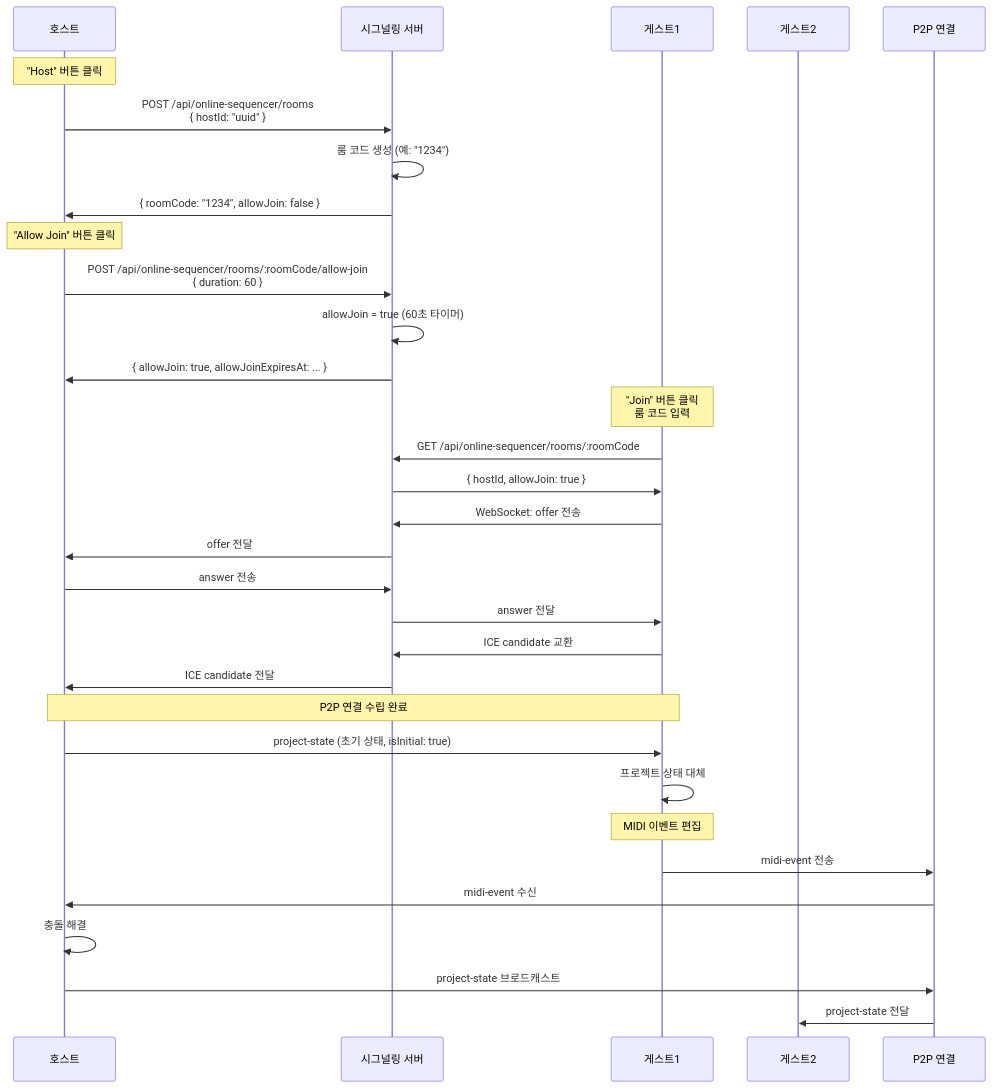
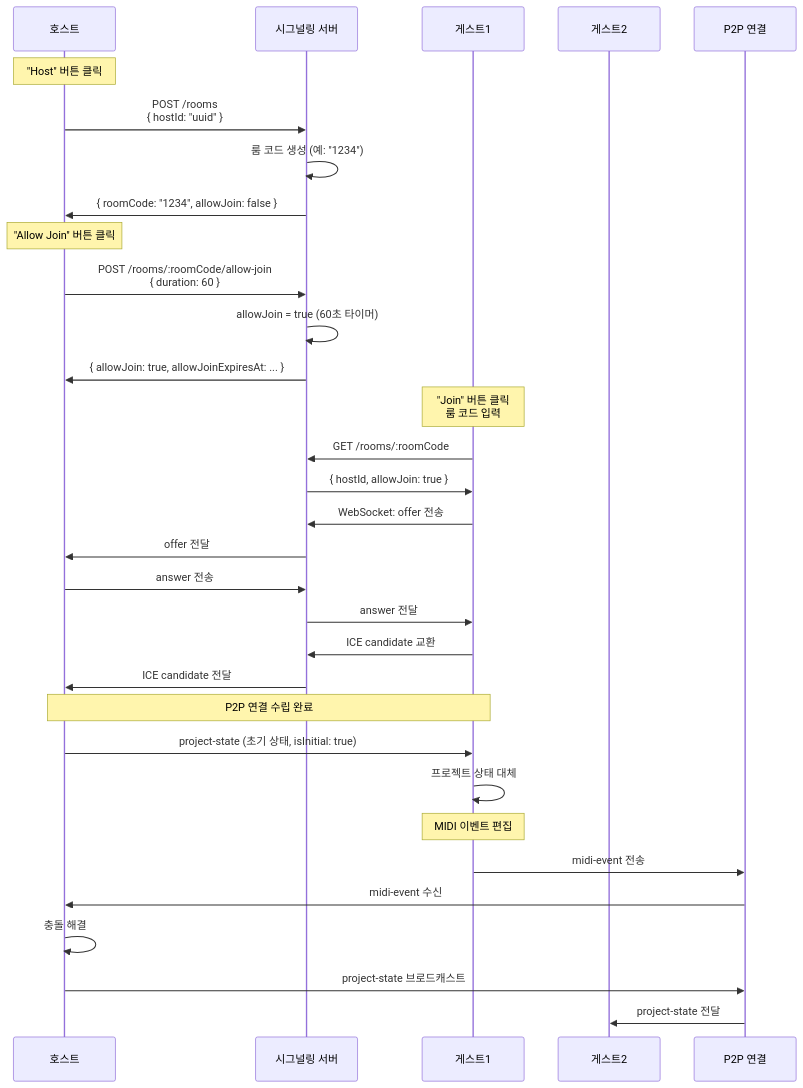
Before and after one commit to JaceDashS/online-sequencer: the diagram in docs/specs/collaboration-specification/server-api.ko.md, drawn with Mermaid. The commit also changed other lines of this file and 16 other files, not shown here.

````diff
--- a/docs/specs/collaboration-specification/server-api.ko.md
+++ b/docs/specs/collaboration-specification/server-api.ko.md
@@ -249,40 +251,40 @@
 ```mermaid
 sequenceDiagram
     participant Host as 호스트
     participant Server as 시그널링 서버
     participant Guest1 as 게스트1
     participant Guest2 as 게스트2
     participant P2P as P2P 연결
 
     Note over Host: "Host" 버튼 클릭
-    Host->>Server: POST /api/online-sequencer/rooms<br/>{ hostId: "uuid" }
+    Host->>Server: POST /rooms<br/>{ hostId: "uuid" }
     Server->>Server: 룸 코드 생성 (예: "1234")
     Server->>Host: { roomCode: "1234", allowJoin: false }
     
     Note over Host: "Allow Join" 버튼 클릭
-    Host->>Server: POST /api/online-sequencer/rooms/:roomCode/allow-join<br/>{ duration: 60 }
+    Host->>Server: POST /rooms/:roomCode/allow-join<br/>{ duration: 60 }
     Server->>Server: allowJoin = true (60초 타이머)
     Server->>Host: { allowJoin: true, allowJoinExpiresAt: ... }
     
     Note over Guest1: "Join" 버튼 클릭<br/>룸 코드 입력
-    Guest1->>Server: GET /api/online-sequencer/rooms/:roomCode
+    Guest1->>Server: GET /rooms/:roomCode
     Server->>Guest1: { hostId, allowJoin: true }
     
     Guest1->>Server: WebSocket: offer 전송
     Server->>Host: offer 전달
     Host->>Server: answer 전송
     Server->>Guest1: answer 전달
     Guest1->>Server: ICE candidate 교환
     Server->>Host: ICE candidate 전달
     
     Note over Guest1,Host: P2P 연결 수립 완료
     Host->>Guest1: project-state (초기 상태, isInitial: true)
     Guest1->>Guest1: 프로젝트 상태 대체
     
     Note over Guest1: MIDI 이벤트 편집
     Guest1->>P2P: midi-event 전송
     P2P->>Host: midi-event 수신
     Host->>Host: 충돌 해결
     Host->>P2P: project-state 브로드캐스트
     P2P->>Guest2: project-state 전달
 ```
````
